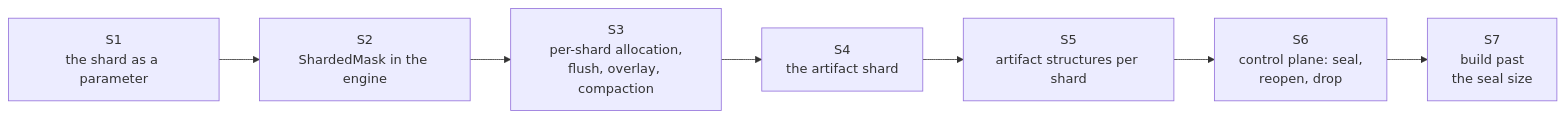
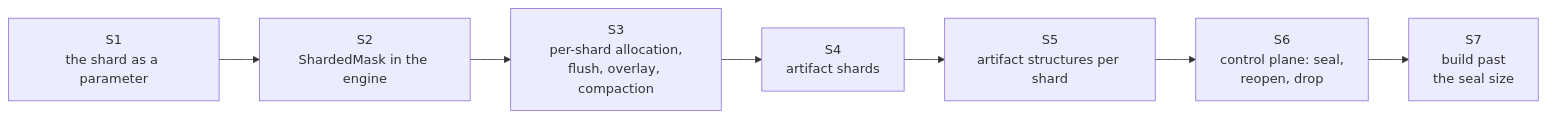
One commit to jennis0/tesseradb changed the fifth of 5 diagrams in docs/design/sharding.md. Above: the diagram before and after it, drawn with Mermaid. The commit also changed other lines of this file, not shown here.

Commit message:
docs: sharding design, artifact shards open and seal like point shards

````diff
--- a/docs/design/sharding.md
+++ b/docs/design/sharding.md
@@ -557,9 +564,9 @@
 ```mermaid
 flowchart LR
   S1["S1<br/>the shard as a parameter"] --> S2["S2<br/>ShardedMask in the engine"]
   S2 --> S3["S3<br/>per-shard allocation,<br/>flush, overlay, compaction"]
-  S3 --> S4["S4<br/>the artifact shard"]
+  S3 --> S4["S4<br/>artifact shards"]
   S4 --> S5["S5<br/>artifact structures per shard"]
   S5 --> S6["S6<br/>control plane: seal,<br/>reopen, drop"]
   S6 --> S7["S7<br/>build past<br/>the seal size"]
 ```
````
